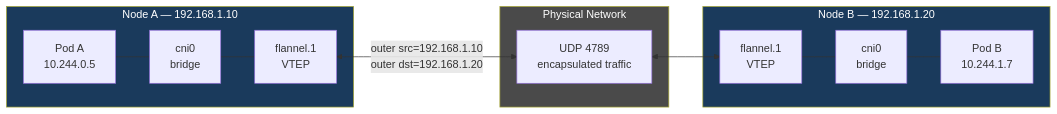
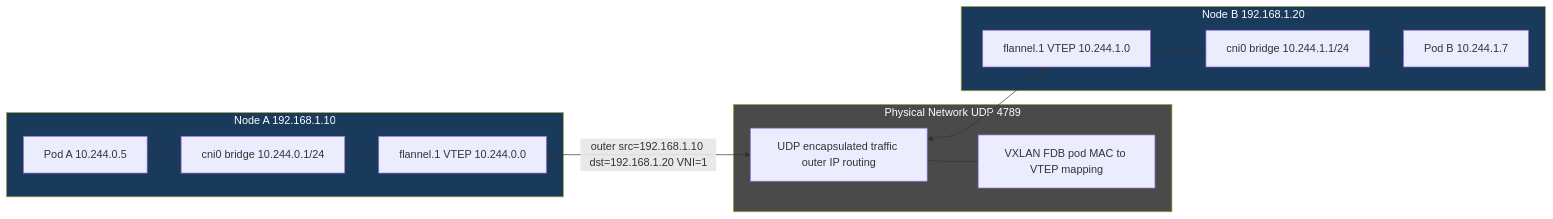
The second of 3 diagrams in lessons/05-vxlan-and-overlay-networks.md (MykolaLebid/Kubernetes_networking_engineering), drawn with Mermaid before and after one commit. The commit also changed other lines of this file and 35 other files, not shown here.

First line of the commit message:
Restructure all 34 lessons: Theory/Practice split, richer diagrams, industry examples, navigation

````diff
--- a/lessons/05-vxlan-and-overlay-networks.md
+++ b/lessons/05-vxlan-and-overlay-networks.md
@@ -69,27 +61,29 @@
 ```mermaid
 flowchart LR
-    subgraph nodeA [Node A — 192.168.1.10]
-        PA[Pod A\n10.244.0.5]
-        BRA[cni0\nbridge]
-        VTEPA[flannel.1\nVTEP]
+    subgraph nodeA [Node A 192.168.1.10]
+        PA["Pod A 10.244.0.5"]
+        BRA["cni0 bridge 10.244.0.1/24"]
+        VTEPA["flannel.1 VTEP 10.244.0.0"]
         PA --- BRA --- VTEPA
     end
 
-    subgraph net [Physical Network]
-        PHYS[UDP 4789\nencapsulated traffic]
+    subgraph net [Physical Network UDP 4789]
+        PHYS["UDP encapsulated traffic outer IP routing"]
+        FDB["VXLAN FDB pod MAC to VTEP mapping"]
     end
 
-    subgraph nodeB [Node B — 192.168.1.20]
-        VTEPB[flannel.1\nVTEP]
-        BRB[cni0\nbridge]
-        PB[Pod B\n10.244.1.7]
+    subgraph nodeB [Node B 192.168.1.20]
+        VTEPB["flannel.1 VTEP 10.244.1.0"]
+        BRB["cni0 bridge 10.244.1.1/24"]
+        PB["Pod B 10.244.1.7"]
         VTEPB --- BRB --- PB
     end
 
-    VTEPA <-->|outer src=192.168.1.10\nouter dst=192.168.1.20| PHYS
+    VTEPA <-->|"outer src=192.168.1.10 dst=192.168.1.20 VNI=1"| PHYS
     PHYS <--> VTEPB
+    PHYS --- FDB
 
     style nodeA fill:#1a3a5c,color:#fff
     style nodeB fill:#1a3a5c,color:#fff
     style net fill:#4a4a4a,color:#fff
 ```
````
